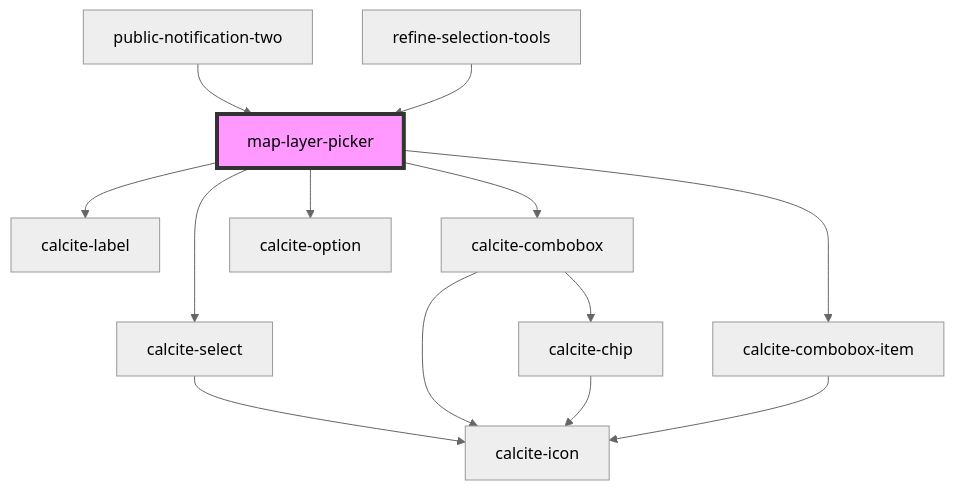
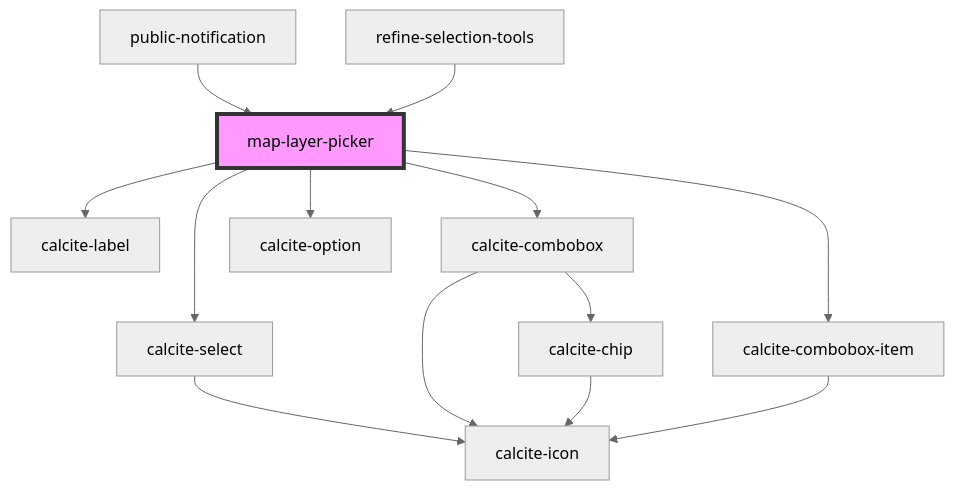
One commit to Esri/solutions-components changed the diagram in src/components/map-layer-picker/readme.md. Above: the diagram before and after it, drawn with Mermaid (neutral theme). The commit also changed other lines of this file and 12 other files, not shown here.

````diff
--- a/src/components/map-layer-picker/readme.md
+++ b/src/components/map-layer-picker/readme.md
@@ -43,16 +43,16 @@
 ```mermaid
 graph TD;
   map-layer-picker --> calcite-label
   map-layer-picker --> calcite-select
   map-layer-picker --> calcite-combobox
   map-layer-picker --> calcite-combobox-item
   map-layer-picker --> calcite-option
   calcite-select --> calcite-icon
   calcite-combobox --> calcite-chip
   calcite-combobox --> calcite-icon
   calcite-chip --> calcite-icon
   calcite-combobox-item --> calcite-icon
-  public-notification-two --> map-layer-picker
+  public-notification --> map-layer-picker
   refine-selection-tools --> map-layer-picker
   style map-layer-picker fill:#f9f,stroke:#333,stroke-width:4px
 ```
````
